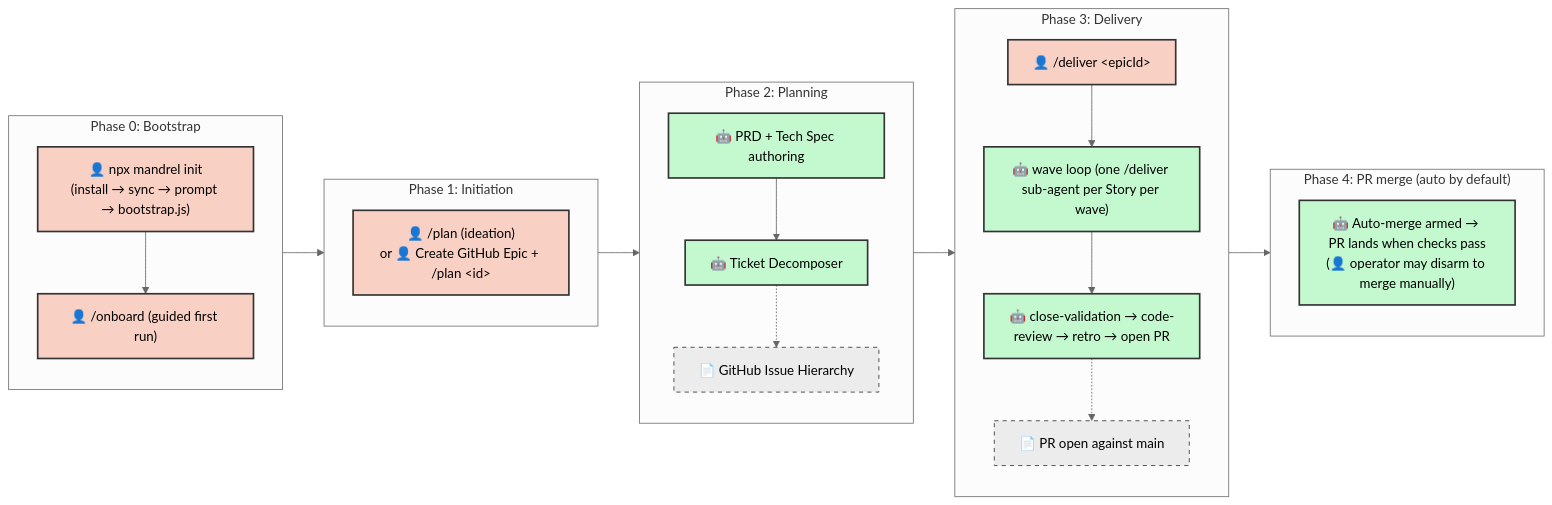
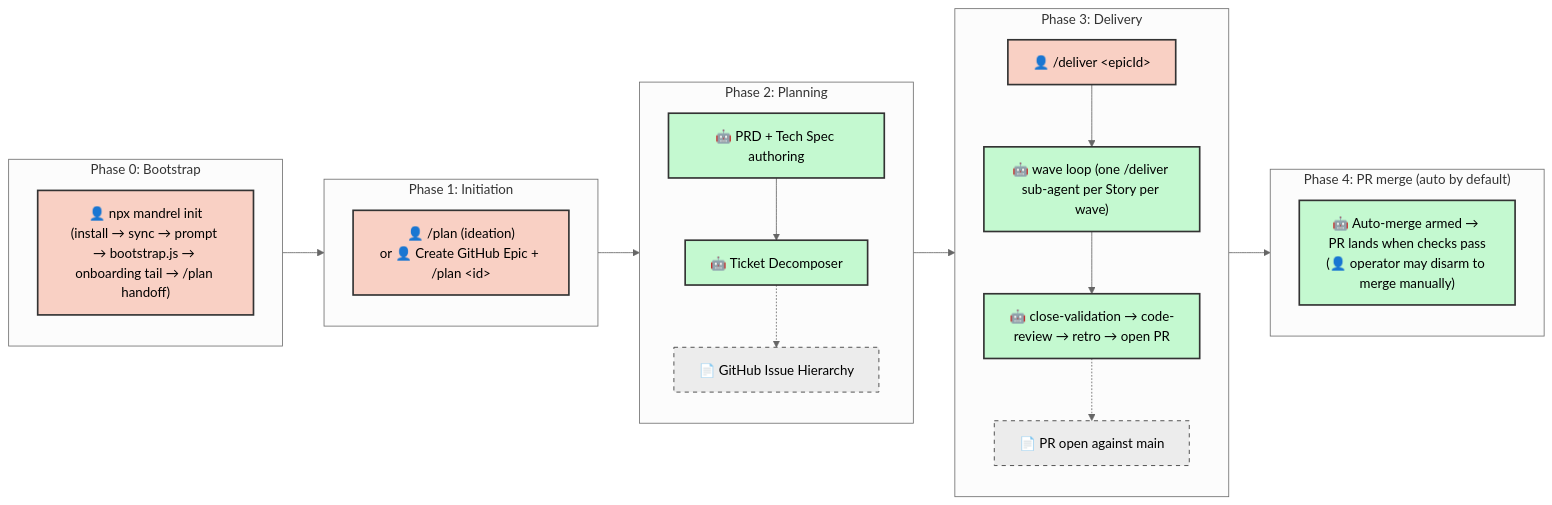
One commit to dsj1984/mandrel changed the diagram in .agents/docs/SDLC.md. Above: the diagram before and after it, drawn with Mermaid (neutral theme). The commit also changed other lines of this file and 18 other files, not shown here.

First line of the commit message:
feat(init): fold onboarding into mandrel init, retire /onboard (refs #4045) (#4050)

````diff
--- a/.agents/docs/SDLC.md
+++ b/.agents/docs/SDLC.md
@@ -220,45 +220,43 @@
 ```mermaid
 graph LR
     classDef manual fill:#f9d0c4,stroke:#333,stroke-width:2px,color:#000;
     classDef agentic fill:#c4f9d0,stroke:#333,stroke-width:2px,color:#000;
     classDef artifact fill:#ececec,stroke:#333,stroke-width:1px,stroke-dasharray: 5 5,color:#000;
 
     subgraph Phase0 ["Phase 0: Bootstrap"]
         direction TB
-        Z["👤 npx mandrel init<br/>(install → sync → prompt → bootstrap.js)"]:::manual
-        Z2["👤 /onboard (guided first run)"]:::manual
-        Z --> Z2
+        Z["👤 npx mandrel init<br/>(install → sync → prompt → bootstrap.js → onboarding tail → /plan handoff)"]:::manual
     end
 
     subgraph Phase1 ["Phase 1: Initiation"]
         direction TB
         A["👤 /plan (ideation)<br/>or 👤 Create GitHub Epic + /plan &lt;id&gt;"]:::manual
     end
 
     subgraph Phase2 ["Phase 2: Planning"]
         direction TB
         C["🤖 PRD + Tech Spec authoring"]:::agentic
         D["🤖 Ticket Decomposer"]:::agentic
         C --> D
         D -.-> D_Art["📄 GitHub Issue Hierarchy"]:::artifact
     end
 
     subgraph Phase3 ["Phase 3: Delivery"]
         direction TB
         E["👤 /deliver &lt;epicId&gt;"]:::manual
         F["🤖 wave loop (one /deliver sub-agent per Story per wave)"]:::agentic
         G["🤖 close-validation → code-review → retro → open PR"]:::agentic
         E --> F --> G
         G -.-> G_Art["📄 PR open against main"]:::artifact
     end
 
     subgraph Phase4 ["Phase 4: PR merge (auto by default)"]
         direction TB
         H["🤖 Auto-merge armed → PR lands when checks pass<br/>(👤 operator may disarm to merge manually)"]:::agentic
     end
 
-    Z2 --> A
+    Z --> A
     A --> C
     D --> E
     G --> H
 ```
````
